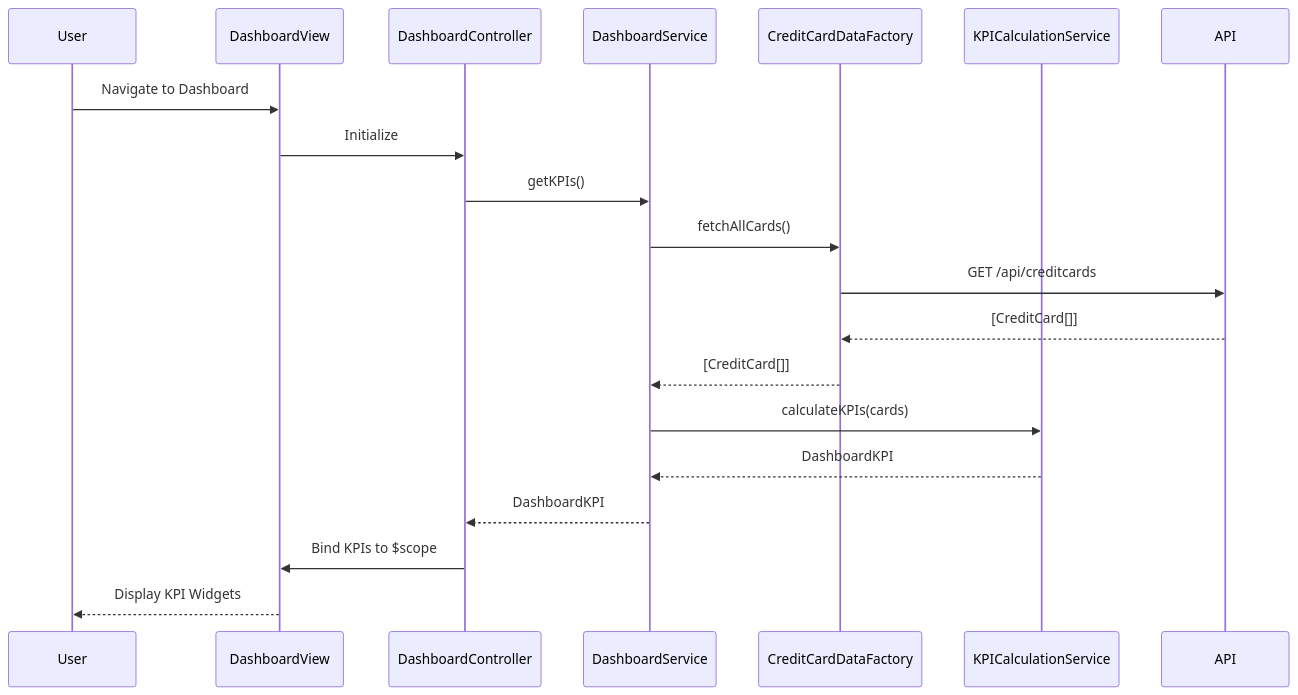
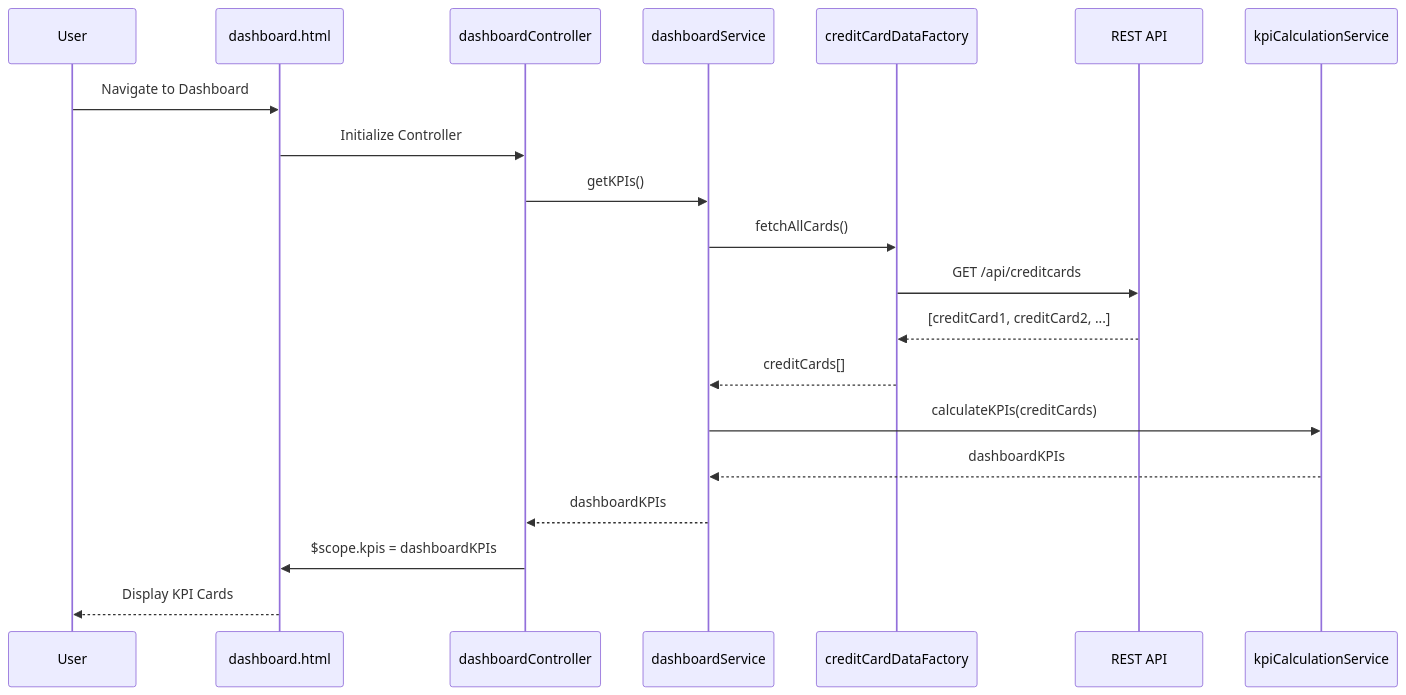
Before and after one commit to Davamani-git/APB_Demo: the diagram in LLD/QE-4628_LLD.md, drawn with Mermaid. The commit also changed other lines of this file and 2 other files, not shown here.

````diff
--- a/LLD/QE-4628_LLD.md
+++ b/LLD/QE-4628_LLD.md
@@ -89,23 +90,23 @@
 ```mermaid
 sequenceDiagram
     participant User
-    participant DashboardView
-    participant DashboardController
-    participant DashboardService
-    participant CreditCardDataFactory
-    participant KPICalculationService
-    participant API
+    participant View as dashboard.html
+    participant Ctrl as dashboardController
+    participant DS as dashboardService
+    participant Factory as creditCardDataFactory
+    participant API as REST API
+    participant KPI as kpiCalculationService
 
-    User->>DashboardView: Navigate to Dashboard
-    DashboardView->>DashboardController: Initialize
-    DashboardController->>DashboardService: getKPIs()
-    DashboardService->>CreditCardDataFactory: fetchAllCards()
-    CreditCardDataFactory->>API: GET /api/creditcards
-    API-->>CreditCardDataFactory: [CreditCard[]]
-    CreditCardDataFactory-->>DashboardService: [CreditCard[]]
-    DashboardService->>KPICalculationService: calculateKPIs(cards)
-    KPICalculationService-->>DashboardService: DashboardKPI
-    DashboardService-->>DashboardController: DashboardKPI
-    DashboardController->>DashboardView: Bind KPIs to $scope
-    DashboardView-->>User: Display KPI Widgets
+    User->>View: Navigate to Dashboard
+    View->>Ctrl: Initialize Controller
+    Ctrl->>DS: getKPIs()
+    DS->>Factory: fetchAllCards()
+    Factory->>API: GET /api/creditcards
+    API-->>Factory: [creditCard1, creditCard2, ...]
+    Factory-->>DS: creditCards[]
+    DS->>KPI: calculateKPIs(creditCards)
+    KPI-->>DS: dashboardKPIs
+    DS-->>Ctrl: dashboardKPIs
+    Ctrl->>View: $scope.kpis = dashboardKPIs
+    View-->>User: Display KPI Cards
 ```
````
